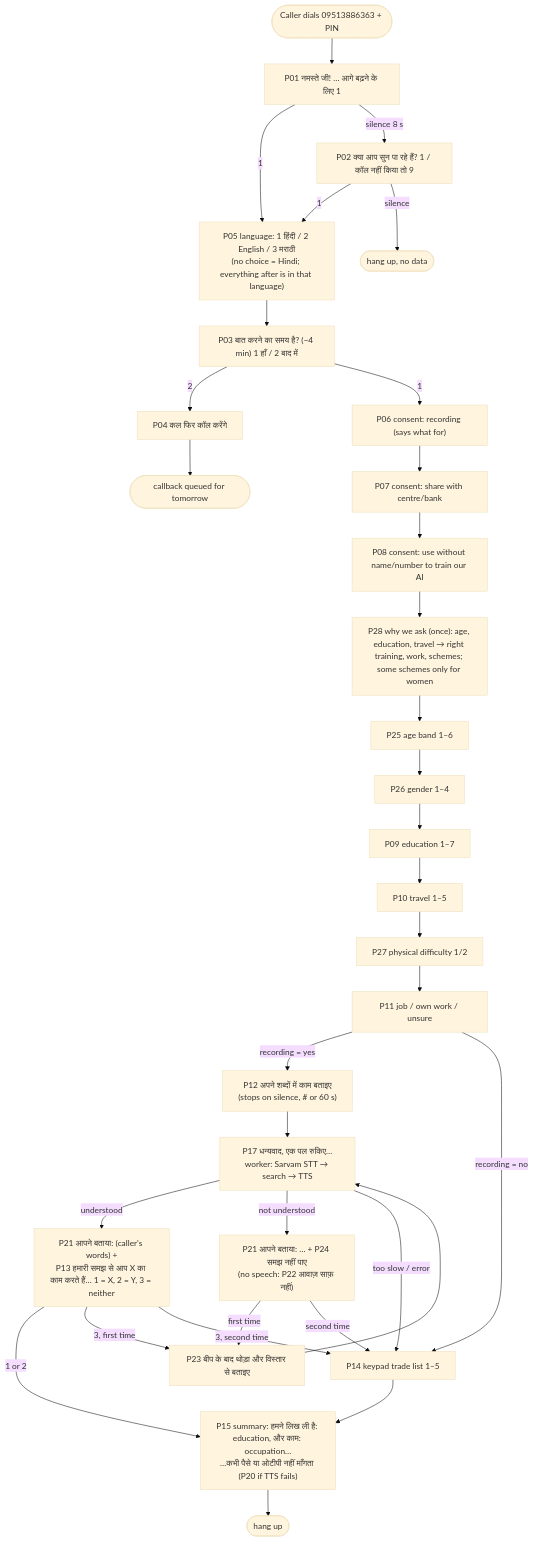
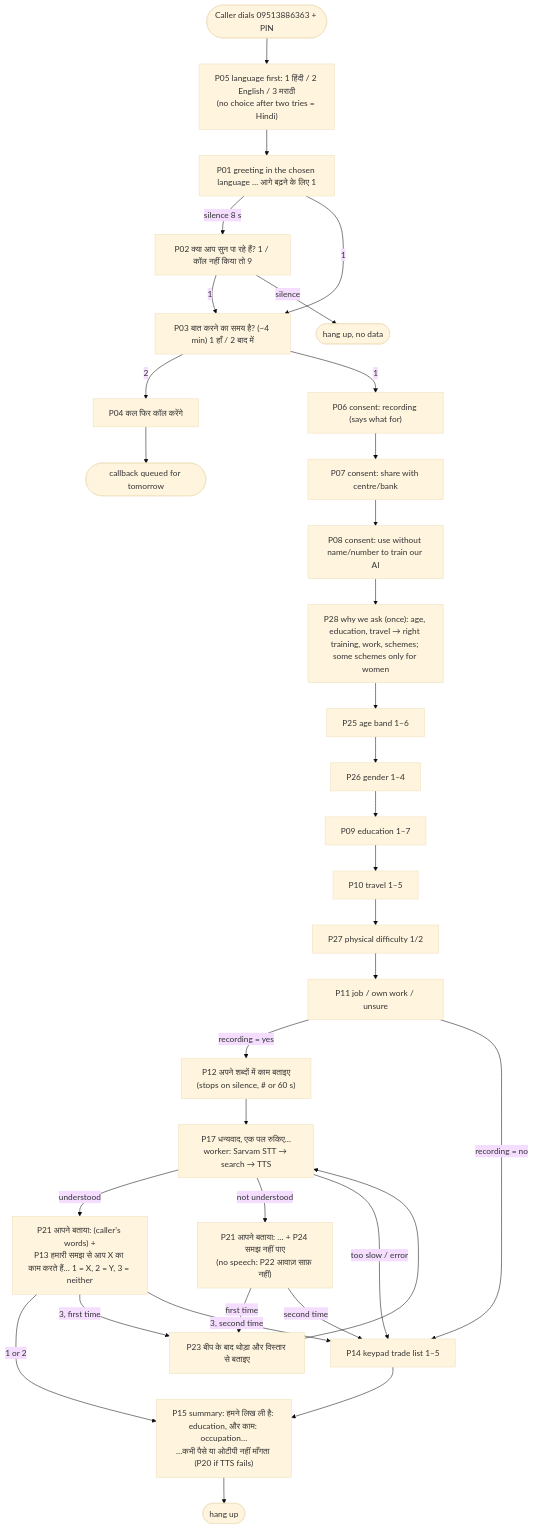
The second of 2 diagrams in docs/HANDOFF.md (sakshamagrawalcode-cpu/hunarvaani), drawn with Mermaid (base theme) before and after one commit. The commit also changed other lines of this file and 17 other files, not shown here.

First line of the commit message:
Console redesign: sidebar, three live panels; language menu first; wrong-key apology

````diff
--- a/docs/HANDOFF.md
+++ b/docs/HANDOFF.md
@@ -115,26 +115,26 @@
 ```mermaid
 flowchart TD
-    A([Caller dials 09513886363 + PIN]) --> P01["P01 नमस्ते जी! … आगे बढ़ने के लिए 1"]
-    P01 -- 1 --> P05["P05 language: 1 हिंदी / 2 English / 3 मराठी<br/>(no choice = Hindi; everything after is in that language)"]
+    A([Caller dials 09513886363 + PIN]) --> P05["P05 language first: 1 हिंदी / 2 English / 3 मराठी<br/>(no choice after two tries = Hindi)"]
+    P05 --> P01["P01 greeting in the chosen language … आगे बढ़ने के लिए 1"]
     P01 -- "silence 8 s" --> P02["P02 क्या आप सुन पा रहे हैं? 1 / कॉल नहीं किया तो 9"]
-    P02 -- 1 --> P05
+    P02 -- 1 --> P03
     P02 -- "silence" --> END0([hang up, no data])
-    P05 --> P03["P03 बात करने का समय है? (~4 min) 1 हाँ / 2 बाद में"]
+    P01 -- 1 --> P03["P03 बात करने का समय है? (~4 min) 1 हाँ / 2 बाद में"]
     P03 -- 2 --> P04["P04 कल फिर कॉल करेंगे"] --> CB([callback queued for tomorrow])
     P03 -- 1 --> P06["P06 consent: recording (says what for)"] --> P07["P07 consent: share with centre/bank"] --> P08["P08 consent: use without name/number to train our AI"]
     P08 --> P28["P28 why we ask (once): age, education, travel → right training, work, schemes; some schemes only for women"] --> P25["P25 age band 1–6"] --> P26["P26 gender 1–4"]
     P26 --> P09["P09 education 1–7"] --> P10["P10 travel 1–5"] --> P27["P27 physical difficulty 1/2"] --> P11["P11 job / own work / unsure"]
     P11 -- "recording = yes" --> P12["P12 अपने शब्दों में काम बताइए<br/>(stops on silence, # or 60 s)"]
     P11 -- "recording = no" --> P14
     P12 --> P17["P17 धन्यवाद, एक पल रुकिए…<br/>worker: Sarvam STT → search → TTS"]
     P17 -- "understood" --> P13["P21 आपने बताया: (caller's words) +<br/>P13 हमारी समझ से आप X का काम करते हैं… 1 = X, 2 = Y, 3 = neither"]
     P17 -- "not understood" --> RETRY["P21 आपने बताया: … + P24 समझ नहीं पाए<br/>(no speech: P22 आवाज़ साफ़ नहीं)"]
     RETRY -- "first time" --> P23["P23 बीप के बाद थोड़ा और विस्तार से बताइए"] --> P17
     RETRY -- "second time" --> P14
     P17 -- "too slow / error" --> P14["P14 keypad trade list 1–5"]
     P13 -- "1 or 2" --> P15
     P13 -- "3, first time" --> P23
     P13 -- "3, second time" --> P14
     P14 --> P15["P15 summary: हमने लिख ली है: education, और काम: occupation…<br/>…कभी पैसे या ओटीपी नहीं माँगता (P20 if TTS fails)"]
     P15 --> END([hang up])
 ```
````
